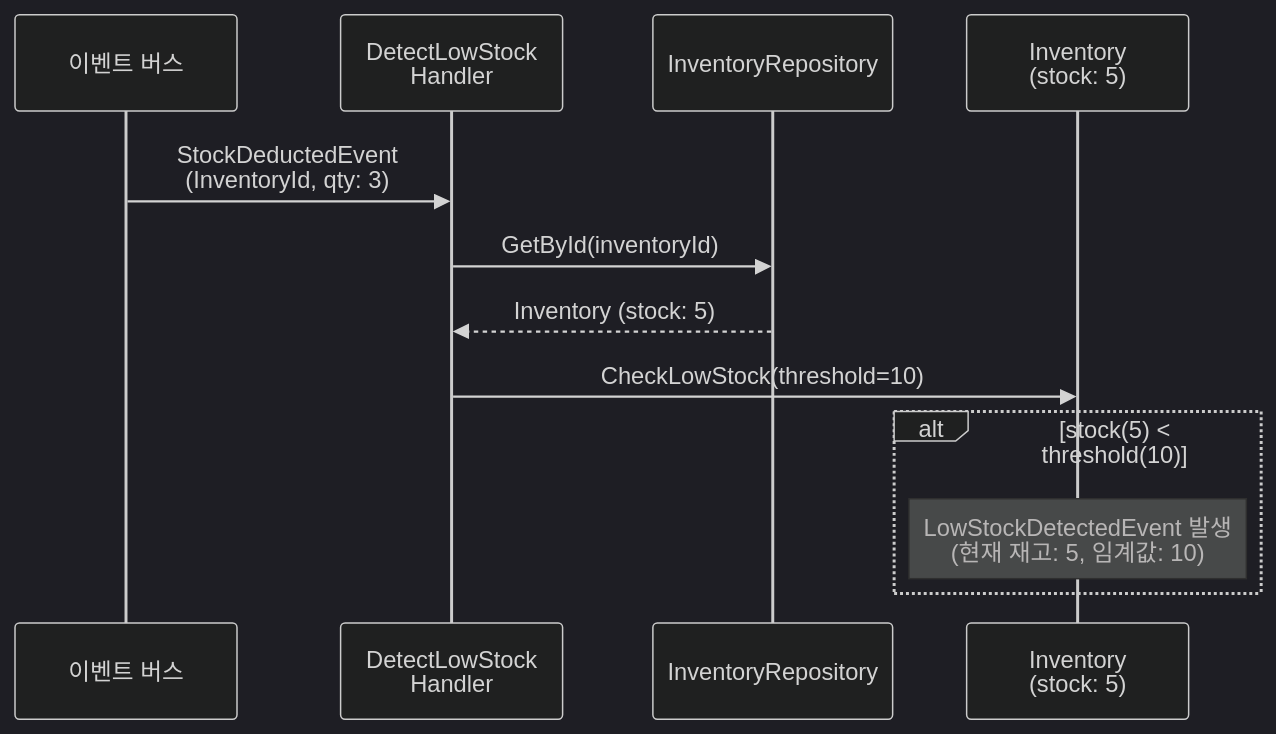
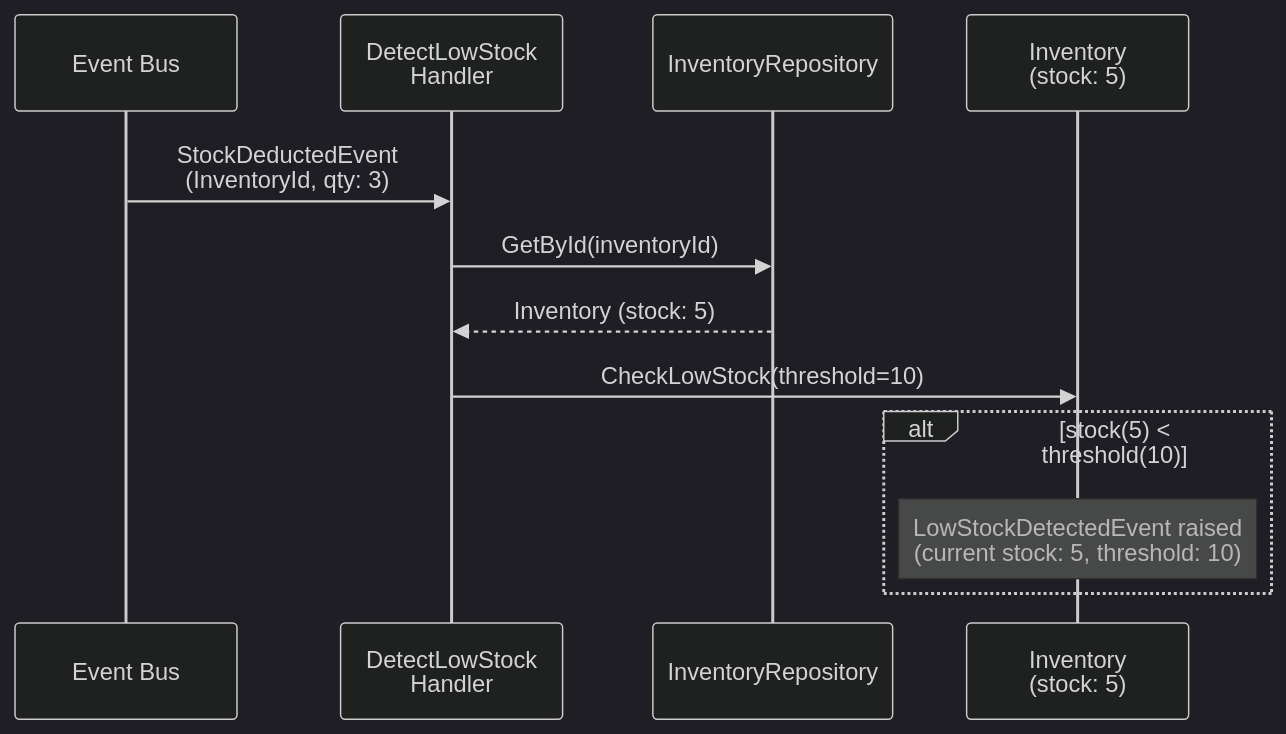
One commit to hhko/Functorium changed the fourth of 7 diagrams in Docs.Site/src/content/docs/samples/ecommerce-ddd/application/03-implementation-results.md. Above: the diagram before and after it, drawn with Mermaid (dark theme). The commit also changed other lines of this file, not shown here.

````diff
--- a/Docs.Site/src/content/docs/samples/ecommerce-ddd/application/03-implementation-results.md
+++ b/Docs.Site/src/content/docs/samples/ecommerce-ddd/application/03-implementation-results.md
@@ -691,16 +691,16 @@
 ```mermaid
 sequenceDiagram
-    participant Bus as 이벤트 버스
+    participant Bus as Event Bus
     participant Handler as DetectLowStock<br/>Handler
     participant InvRepo as InventoryRepository
     participant Inv as Inventory<br/>(stock: 5)
 
     Bus->>Handler: StockDeductedEvent<br/>(InventoryId, qty: 3)
     Handler->>InvRepo: GetById(inventoryId)
     InvRepo-->>Handler: Inventory (stock: 5)
     Handler->>Inv: CheckLowStock(threshold=10)
 
     alt stock(5) < threshold(10)
-        Note over Inv: LowStockDetectedEvent 발생<br/>(현재 재고: 5, 임계값: 10)
+        Note over Inv: LowStockDetectedEvent raised<br/>(current stock: 5, threshold: 10)
     end
 ```
````
